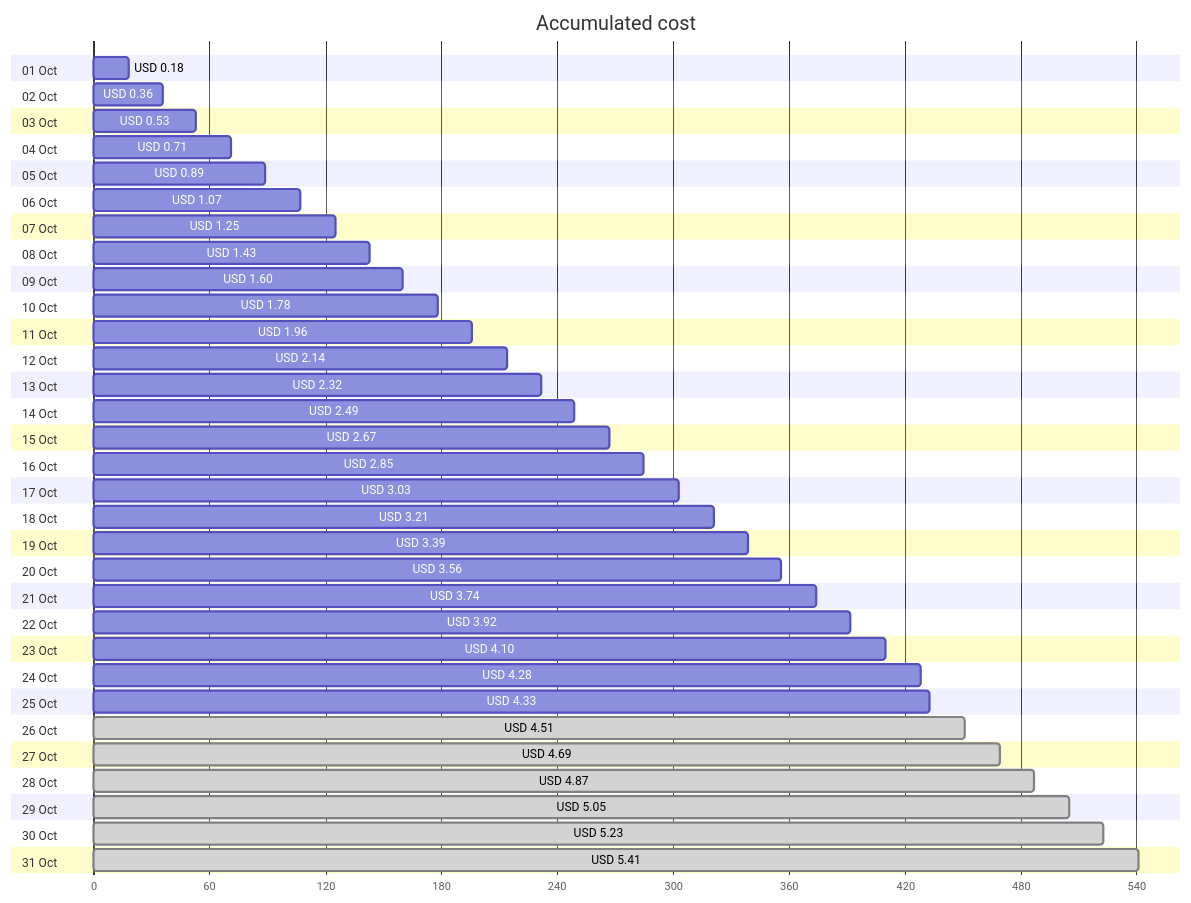
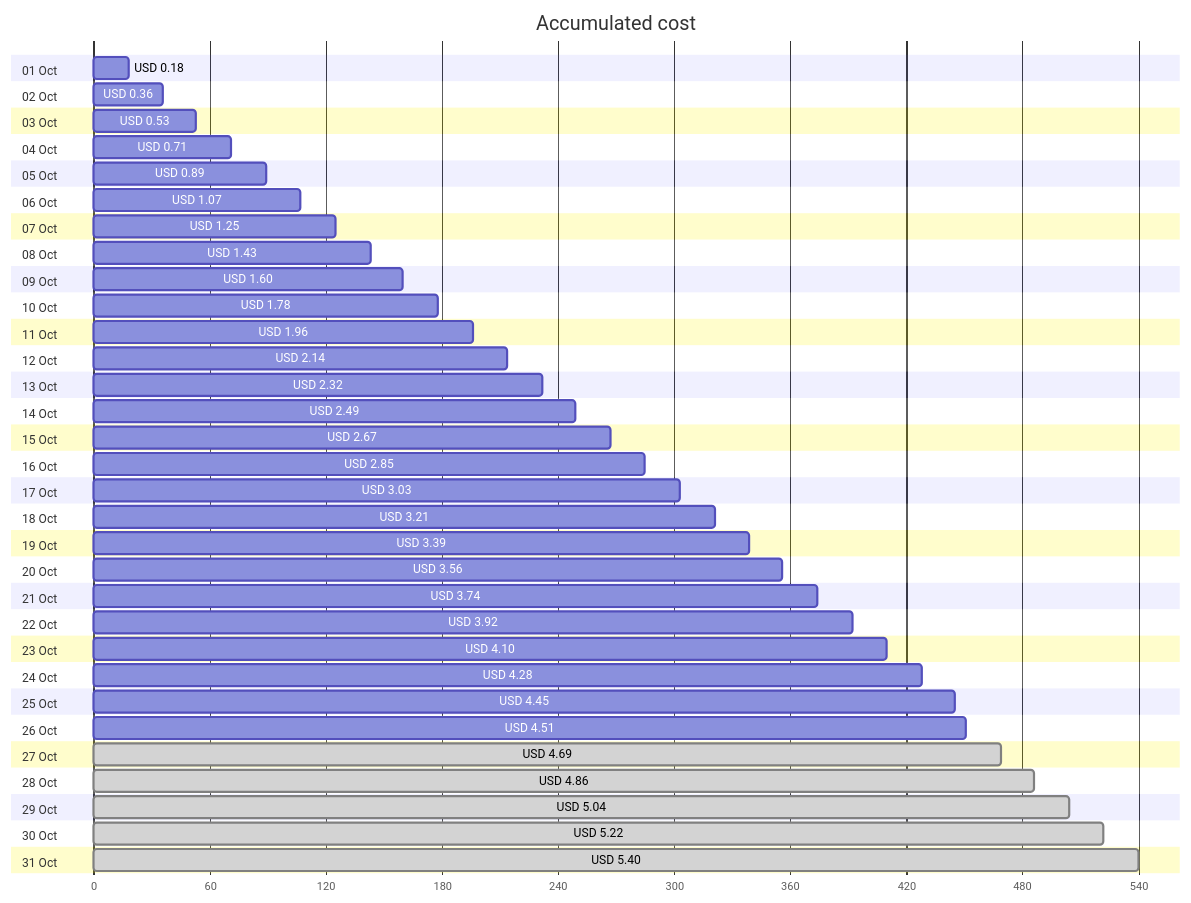
One commit to jpfulton/azure-personal-reports changed the first of 4 diagrams in cost-reports/personal-network/backup-server.md. Above: the diagram before and after it, drawn with Mermaid. The commit also changed other lines of this file and 7 other files, not shown here.

````diff
--- a/cost-reports/personal-network/backup-server.md
+++ b/cost-reports/personal-network/backup-server.md
@@ -20,68 +20,68 @@
 ```mermaid
 gantt
    title Accumulated cost
    dateFormat  X
    axisFormat %s
    section 01 Oct
    USD 0.18 :0, 18
    section 02 Oct
    USD 0.36 :0, 36
    section 03 Oct
    USD 0.53 :0, 53
    section 04 Oct
    USD 0.71 :0, 71
    section 05 Oct
    USD 0.89 :0, 89
    section 06 Oct
    USD 1.07 :0, 107
    section 07 Oct
    USD 1.25 :0, 125
    section 08 Oct
    USD 1.43 :0, 143
    section 09 Oct
    USD 1.60 :0, 160
    section 10 Oct
    USD 1.78 :0, 178
    section 11 Oct
    USD 1.96 :0, 196
    section 12 Oct
    USD 2.14 :0, 214
    section 13 Oct
    USD 2.32 :0, 232
    section 14 Oct
    USD 2.49 :0, 249
    section 15 Oct
    USD 2.67 :0, 267
    section 16 Oct
    USD 2.85 :0, 285
    section 17 Oct
    USD 3.03 :0, 303
    section 18 Oct
    USD 3.21 :0, 321
    section 19 Oct
    USD 3.39 :0, 339
    section 20 Oct
    USD 3.56 :0, 356
    section 21 Oct
    USD 3.74 :0, 374
    section 22 Oct
    USD 3.92 :0, 392
    section 23 Oct
    USD 4.10 :0, 410
    section 24 Oct
    USD 4.28 :0, 428
    section 25 Oct
-   USD 4.33 :0, 433
+   USD 4.45 :0, 445
    section 26 Oct
-   USD 4.51 : done, 0, 451
+   USD 4.51 :0, 451
    section 27 Oct
    USD 4.69 : done, 0, 469
    section 28 Oct
-   USD 4.87 : done, 0, 487
+   USD 4.86 : done, 0, 486
    section 29 Oct
-   USD 5.05 : done, 0, 505
+   USD 5.04 : done, 0, 504
    section 30 Oct
-   USD 5.23 : done, 0, 523
+   USD 5.22 : done, 0, 522
    section 31 Oct
-   USD 5.41 : done, 0, 541
+   USD 5.40 : done, 0, 540
 ```
````
